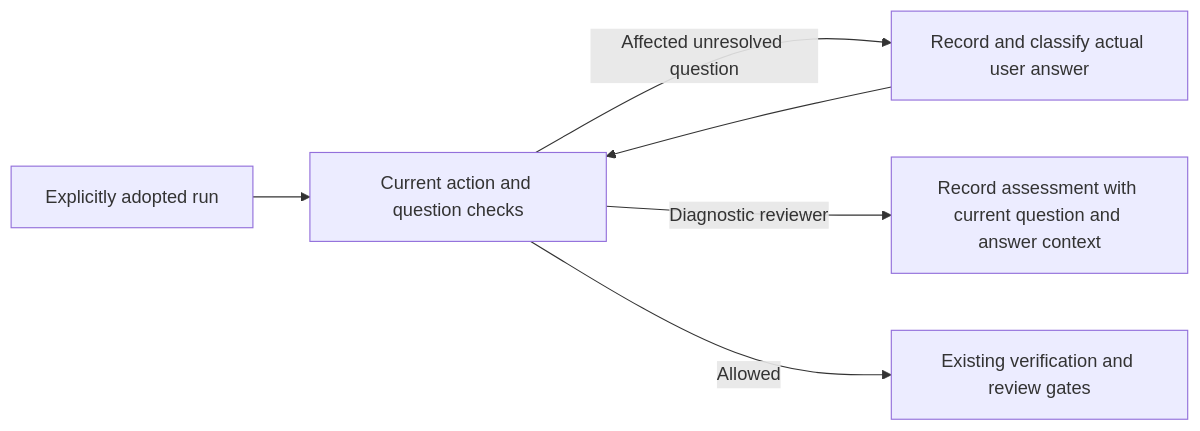
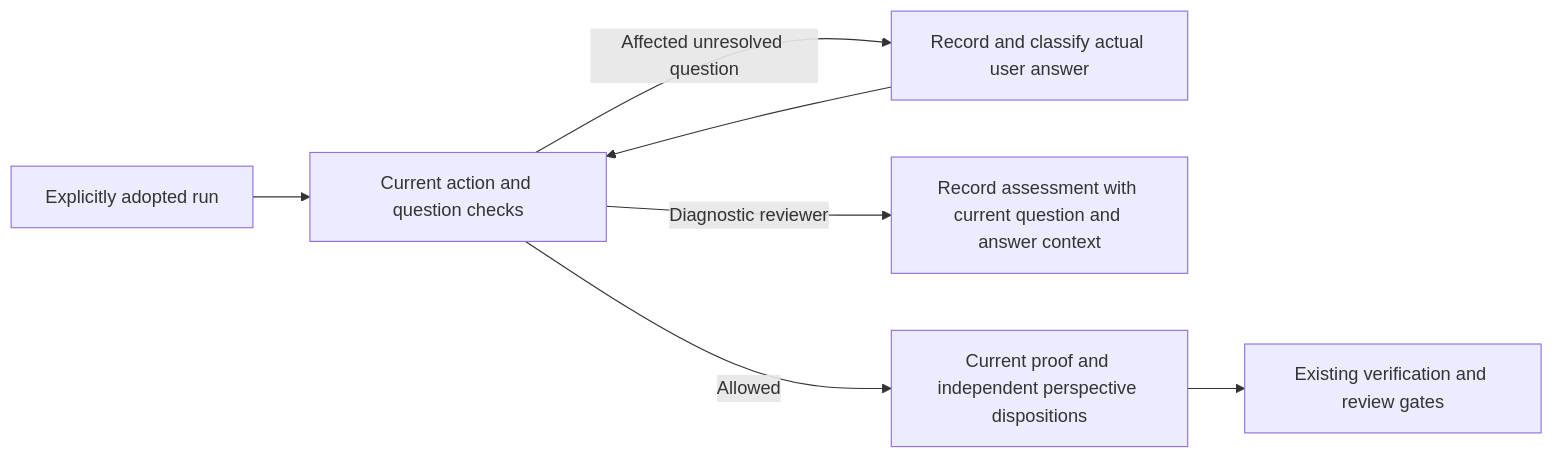
Before and after one commit to wgentil/devflow: the diagram in skills/review-work/GUIDE.md, drawn with Mermaid. The commit also changed other lines of this file and 45 other files, not shown here.

````diff
--- a/skills/review-work/GUIDE.md
+++ b/skills/review-work/GUIDE.md
@@ -212,8 +214,9 @@
 ```mermaid
 flowchart LR
     Adopt[Explicitly adopted run] --> Check[Current action and question checks]
     Check -->|Affected unresolved question| Ask[Record and classify actual user answer]
     Ask --> Check
     Check -->|Diagnostic reviewer| Assess[Record assessment with current question and answer context]
-    Check -->|Allowed| Existing[Existing verification and review gates]
+    Check -->|Allowed| Closure[Current proof and independent perspective dispositions]
+    Closure --> Existing[Existing verification and review gates]
 ```
````
